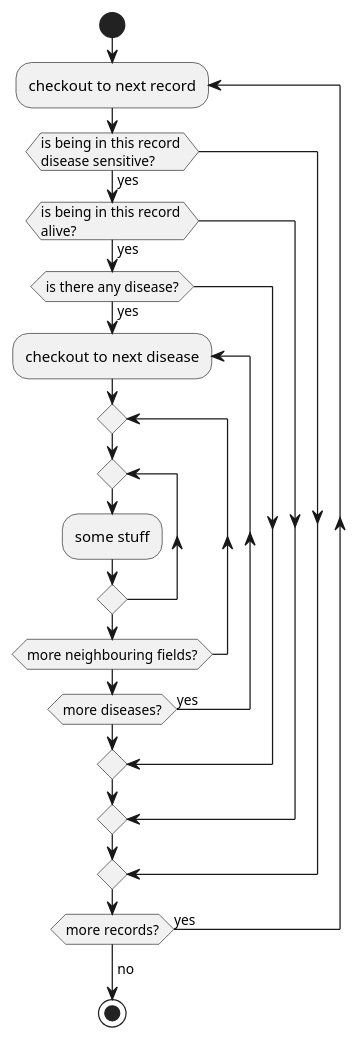
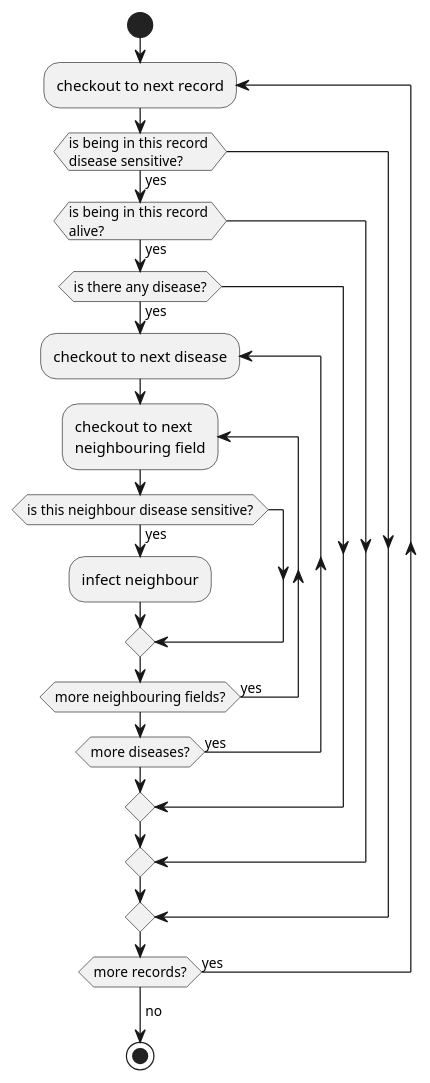
Before and after one commit to karolWazny/plague-repo: the diagram in dokumentacja/Activity_diagram/infect_round/infect_round_07052020.plantuml, drawn with PlantUML. The commit also changed 1 other file, not shown here.

Commit message:
infect round ostateczna

```diff
--- a/dokumentacja/Activity_diagram/infect_round/infect_round_07052020.plantuml
+++ b/dokumentacja/Activity_diagram/infect_round/infect_round_07052020.plantuml
@@ -1,23 +1,23 @@
 @startuml infect_round_07052020
 
 start
 
 repeat :checkout to next record;
   if (is being in this record \ndisease sensitive?) then (yes)
     if (is being in this record \nalive?) then (yes)
         if (is there any disease?) then (yes)
             repeat :checkout to next disease;
-                repeat
-                    repeat
-                    :some stuff;
-                    repeat while
-                repeat while(more neighbouring fields?);
+                repeat :checkout to next \nneighbouring field;
+                    if (is this neighbour disease sensitive?) then (yes)
+                        :infect neighbour;
+                    endif
+                repeat while(more neighbouring fields?) is (yes);
             repeat while (more diseases?) is (yes)
         endif
     endif
   endif
 repeat while (more records?) is (yes)
 ->no;
 stop
 
 @enduml
```
